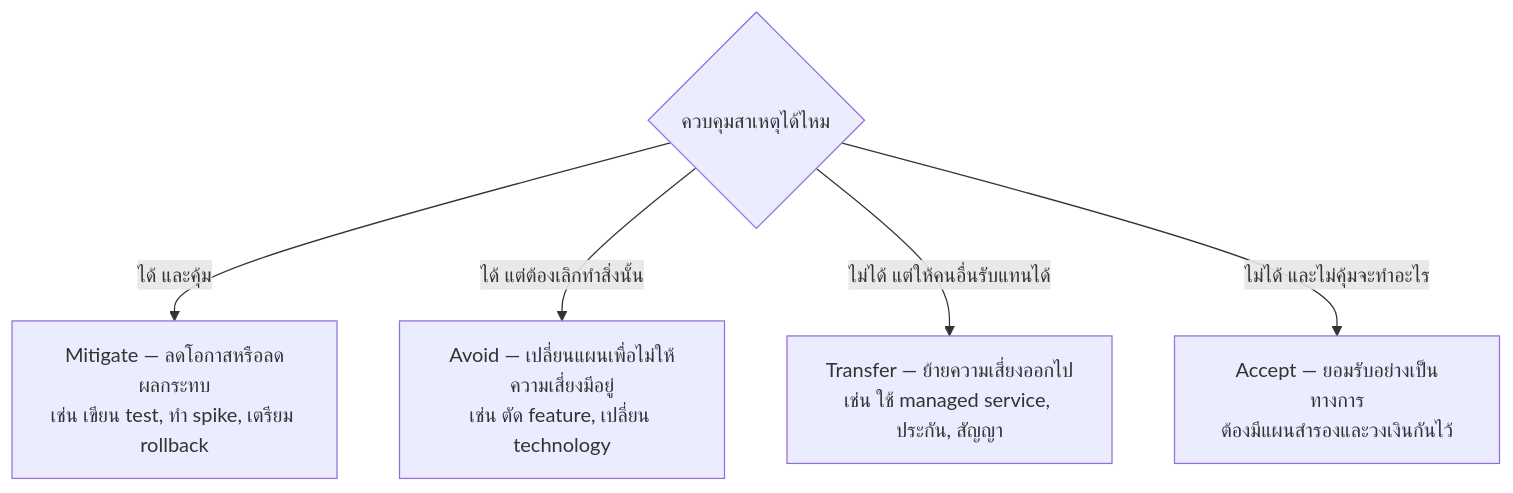
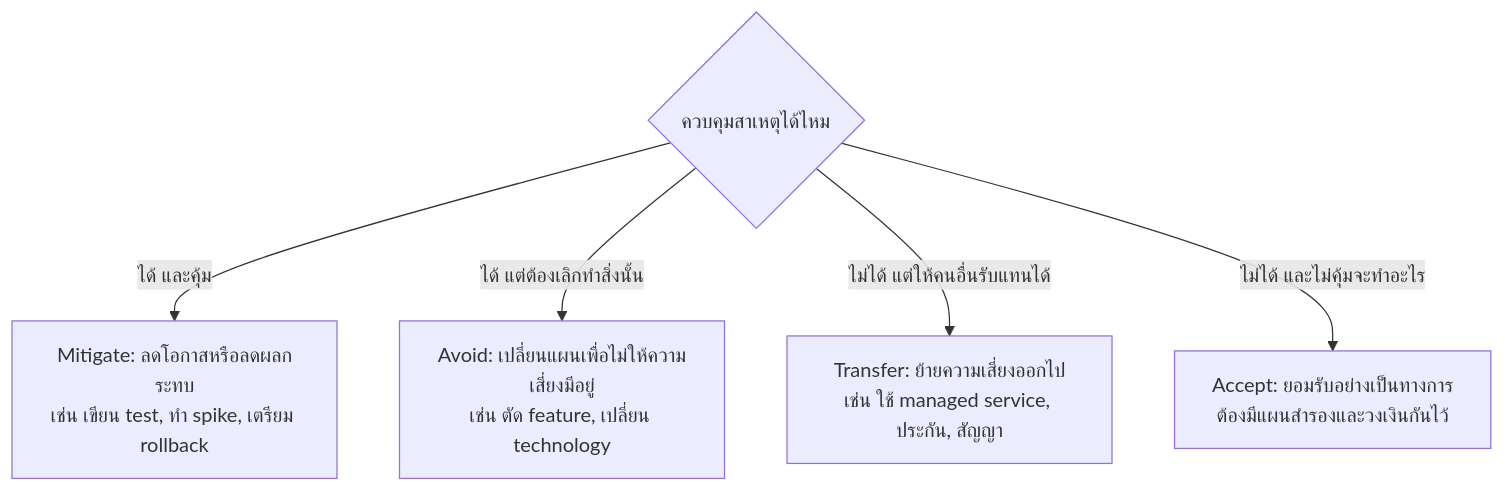
Before and after one commit to CE-SDPX/SDPX-AI: the third of 6 diagrams in readings/02-risk-management.md, drawn with Mermaid. The commit also changed other lines of this file and 6 other files, not shown here.

````diff
--- a/readings/02-risk-management.md
+++ b/readings/02-risk-management.md
@@ -150,8 +149,8 @@
 ```mermaid
 flowchart TD
     S{"ควบคุมสาเหตุได้ไหม"}
-    S -->|"ได้ และคุ้ม"| M["Mitigate — ลดโอกาสหรือลดผลกระทบ<br/>เช่น เขียน test, ทำ spike, เตรียม rollback"]
-    S -->|"ได้ แต่ต้องเลิกทำสิ่งนั้น"| A["Avoid — เปลี่ยนแผนเพื่อไม่ให้ความเสี่ยงมีอยู่<br/>เช่น ตัด feature, เปลี่ยน technology"]
-    S -->|"ไม่ได้ แต่ให้คนอื่นรับแทนได้"| T["Transfer — ย้ายความเสี่ยงออกไป<br/>เช่น ใช้ managed service, ประกัน, สัญญา"]
-    S -->|"ไม่ได้ และไม่คุ้มจะทำอะไร"| AC["Accept — ยอมรับอย่างเป็นทางการ<br/>ต้องมีแผนสำรองและวงเงินกันไว้"]
+    S -->|"ได้ และคุ้ม"| M["Mitigate: ลดโอกาสหรือลดผลกระทบ<br/>เช่น เขียน test, ทำ spike, เตรียม rollback"]
+    S -->|"ได้ แต่ต้องเลิกทำสิ่งนั้น"| A["Avoid: เปลี่ยนแผนเพื่อไม่ให้ความเสี่ยงมีอยู่<br/>เช่น ตัด feature, เปลี่ยน technology"]
+    S -->|"ไม่ได้ แต่ให้คนอื่นรับแทนได้"| T["Transfer: ย้ายความเสี่ยงออกไป<br/>เช่น ใช้ managed service, ประกัน, สัญญา"]
+    S -->|"ไม่ได้ และไม่คุ้มจะทำอะไร"| AC["Accept: ยอมรับอย่างเป็นทางการ<br/>ต้องมีแผนสำรองและวงเงินกันไว้"]
 ```
````
